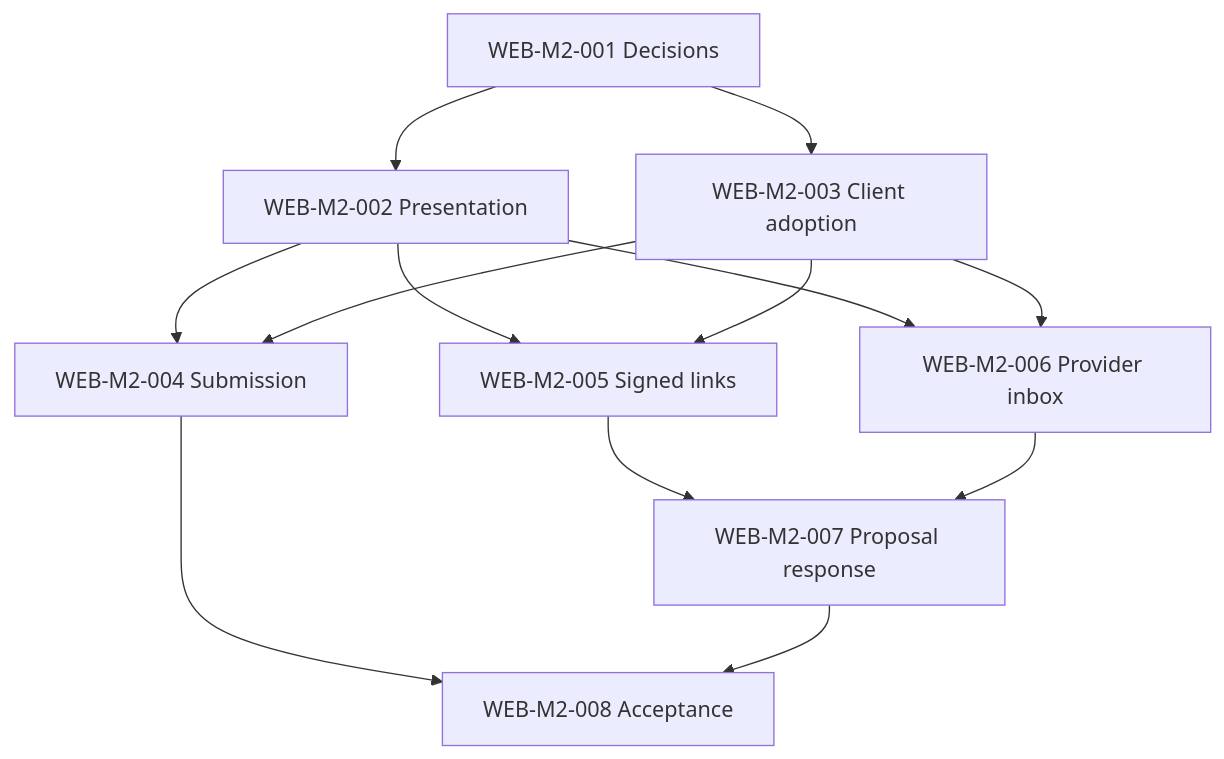
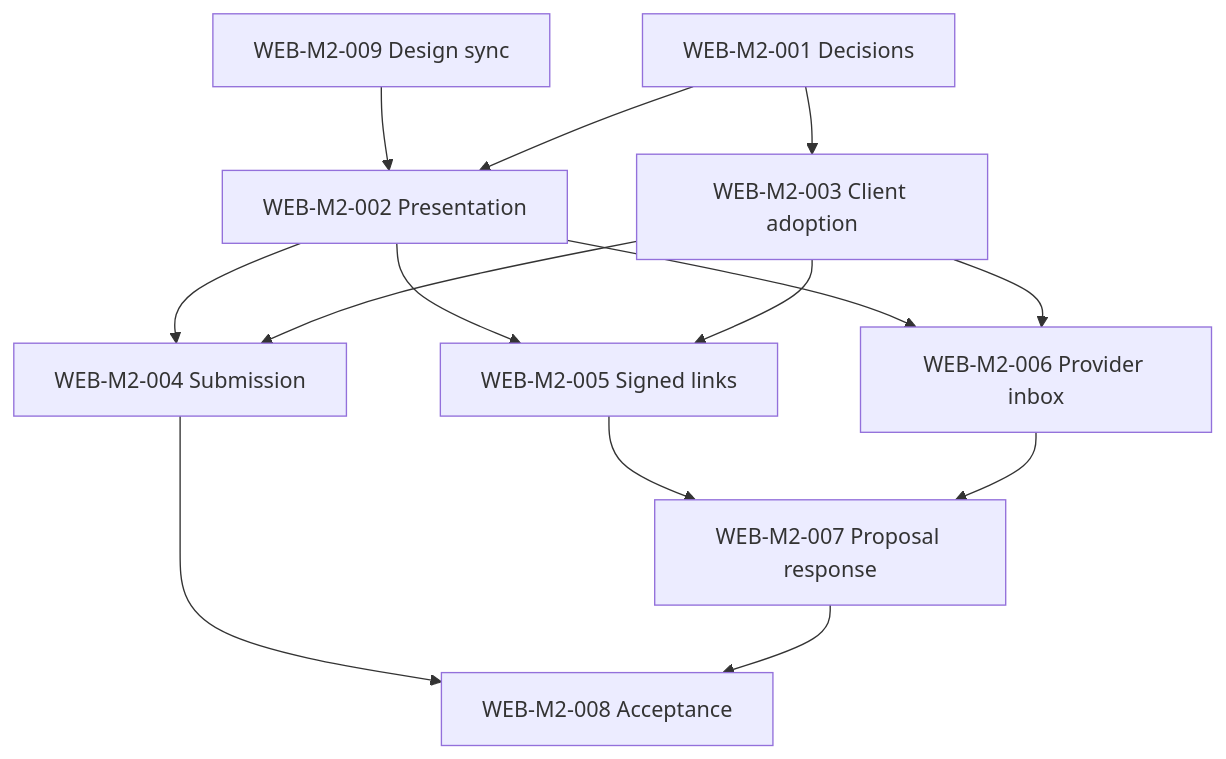
One commit to dadzhioski/professional-services-medical-web changed the diagram in docs/backlog/milestone-2.md. Above: the diagram before and after it, drawn with Mermaid. The commit also changed other lines of this file and 1 other file, not shown here.

Commit message:
WEB-M2-009: plan design sync between docs/design and the implementation

````diff
--- a/docs/backlog/milestone-2.md
+++ b/docs/backlog/milestone-2.md
@@ -47,15 +48,16 @@
 ```mermaid
 flowchart TD
+    Y["WEB-M2-009 Design sync"] --> P
     D["WEB-M2-001 Decisions"] --> P["WEB-M2-002 Presentation"]
     D --> C["WEB-M2-003 Client adoption"]
     P --> S["WEB-M2-004 Submission"]
     C --> S
     P --> L["WEB-M2-005 Signed links"]
     C --> L
     P --> I["WEB-M2-006 Provider inbox"]
     C --> I
     L --> R["WEB-M2-007 Proposal response"]
     I --> R
     S --> A["WEB-M2-008 Acceptance"]
     R --> A
 ```
````
